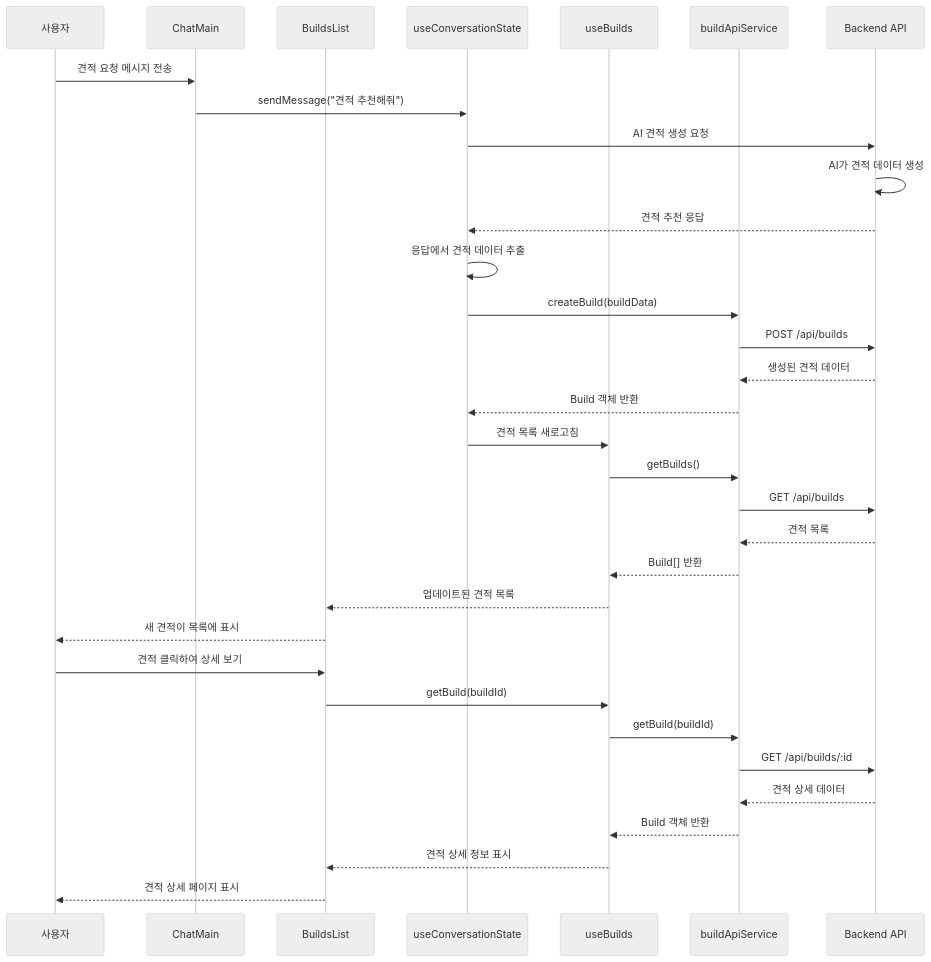
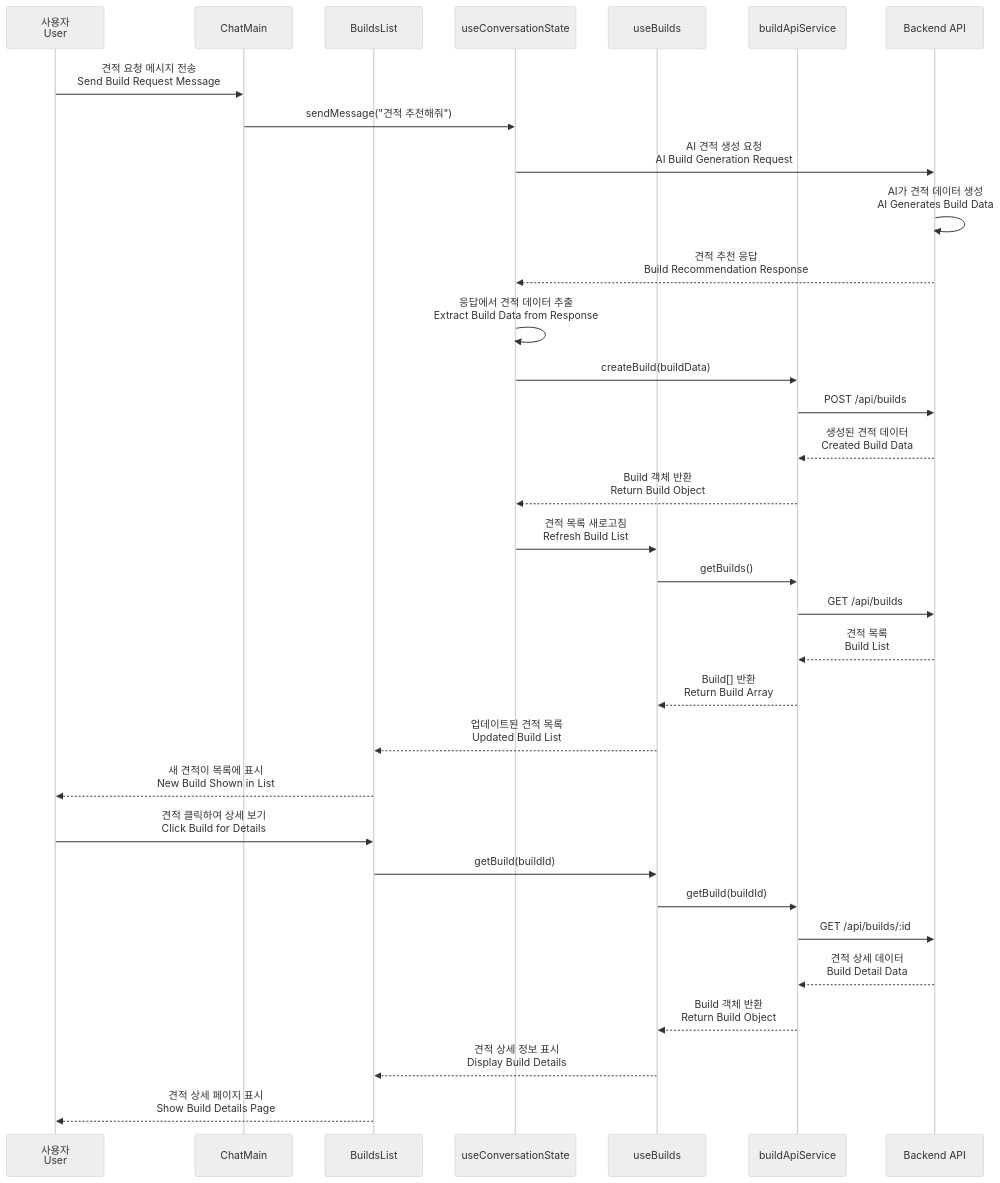
Before and after one commit to p0pular131/askspec-chat-assistant: the tenth of 19 diagrams in docs/design-specification.md, drawn with Mermaid (neutral theme). The commit also changed other lines of this file and 1 other file, not shown here.

First line of the commit message:
Refactor: Adjust diagram layout for readability

````diff
--- a/docs/design-specification.md
+++ b/docs/design-specification.md
@@ -547,40 +577,40 @@
 ```mermaid
 sequenceDiagram
-    participant User as 사용자
+    participant User as 사용자<br/>User
     participant ChatUI as ChatMain
     participant BuildUI as BuildsList
     participant State as useConversationState
     participant BuildHook as useBuilds
     participant BuildAPI as buildApiService
     participant Backend as Backend API
 
-    User->>ChatUI: 견적 요청 메시지 전송
+    User->>ChatUI: 견적 요청 메시지 전송<br/>Send Build Request Message
     ChatUI->>State: sendMessage("견적 추천해줘")
-    State->>Backend: AI 견적 생성 요청
-    Backend->>Backend: AI가 견적 데이터 생성
-    Backend-->>State: 견적 추천 응답
+    State->>Backend: AI 견적 생성 요청<br/>AI Build Generation Request
+    Backend->>Backend: AI가 견적 데이터 생성<br/>AI Generates Build Data
+    Backend-->>State: 견적 추천 응답<br/>Build Recommendation Response
     
-    State->>State: 응답에서 견적 데이터 추출
+    State->>State: 응답에서 견적 데이터 추출<br/>Extract Build Data from Response
     State->>BuildAPI: createBuild(buildData)
     BuildAPI->>Backend: POST /api/builds
-    Backend-->>BuildAPI: 생성된 견적 데이터
-    BuildAPI-->>State: Build 객체 반환
+    Backend-->>BuildAPI: 생성된 견적 데이터<br/>Created Build Data
+    BuildAPI-->>State: Build 객체 반환<br/>Return Build Object
     
-    State->>BuildHook: 견적 목록 새로고침
+    State->>BuildHook: 견적 목록 새로고침<br/>Refresh Build List
     BuildHook->>BuildAPI: getBuilds()
     BuildAPI->>Backend: GET /api/builds
-    Backend-->>BuildAPI: 견적 목록
-    BuildAPI-->>BuildHook: Build[] 반환
+    Backend-->>BuildAPI: 견적 목록<br/>Build List
+    BuildAPI-->>BuildHook: Build[] 반환<br/>Return Build Array
     
-    BuildHook-->>BuildUI: 업데이트된 견적 목록
-    BuildUI-->>User: 새 견적이 목록에 표시
+    BuildHook-->>BuildUI: 업데이트된 견적 목록<br/>Updated Build List
+    BuildUI-->>User: 새 견적이 목록에 표시<br/>New Build Shown in List
     
-    User->>BuildUI: 견적 클릭하여 상세 보기
+    User->>BuildUI: 견적 클릭하여 상세 보기<br/>Click Build for Details
     BuildUI->>BuildHook: getBuild(buildId)
     BuildHook->>BuildAPI: getBuild(buildId)
     BuildAPI->>Backend: GET /api/builds/:id
-    Backend-->>BuildAPI: 견적 상세 데이터
-    BuildAPI-->>BuildHook: Build 객체 반환
-    BuildHook-->>BuildUI: 견적 상세 정보 표시
-    BuildUI-->>User: 견적 상세 페이지 표시
+    Backend-->>BuildAPI: 견적 상세 데이터<br/>Build Detail Data
+    BuildAPI-->>BuildHook: Build 객체 반환<br/>Return Build Object
+    BuildHook-->>BuildUI: 견적 상세 정보 표시<br/>Display Build Details
+    BuildUI-->>User: 견적 상세 페이지 표시<br/>Show Build Details Page
 ```
````
